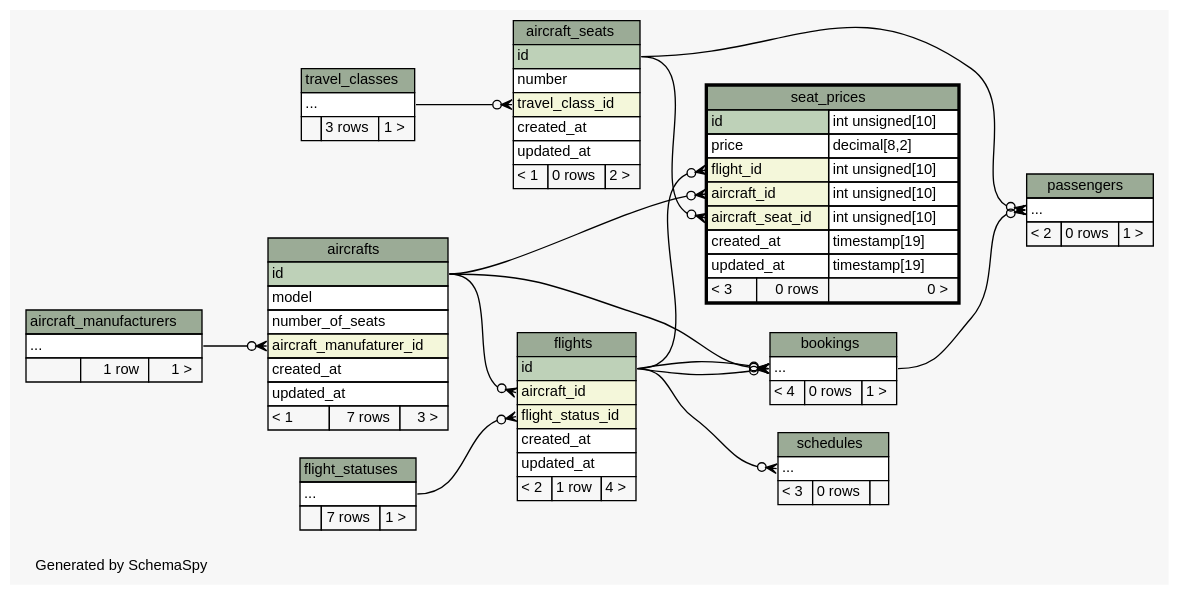
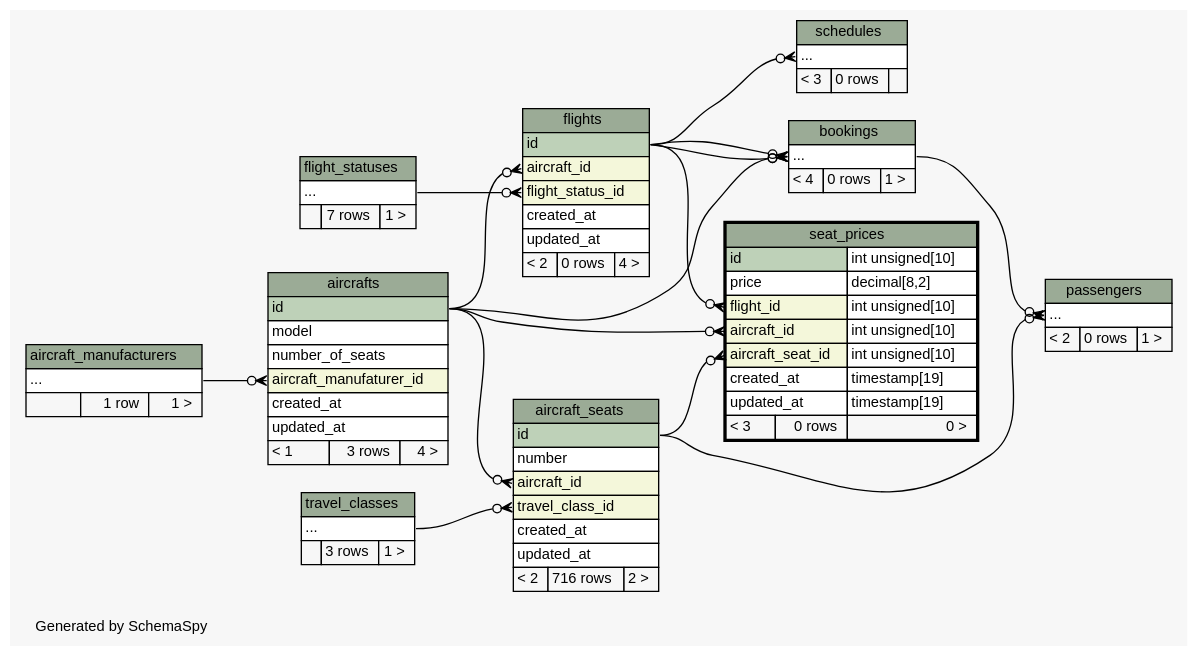
The diagram in web/app/database/schema/diagrams/seat_prices.2degrees.dot (joaonzangoII/flightbookingsystem), drawn with Graphviz before and after one commit. The commit also changed 149 other files, not shown here.

```diff
--- a/web/app/database/schema/diagrams/seat_prices.2degrees.dot
+++ b/web/app/database/schema/diagrams/seat_prices.2degrees.dot
@@ -1,154 +1,156 @@
 // dot 2.38.0 on Linux 4.8.0-46-generic
 // SchemaSpy rev 590
 digraph "twoDegreesRelationshipsDiagram" {
   graph [
     rankdir="RL"
     bgcolor="#f7f7f7"
     label="\nGenerated by SchemaSpy"
     labeljust="l"
     nodesep="0.18"
     ranksep="0.46"
     fontname="Helvetica"
     fontsize="11"
   ];
   node [
     fontname="Helvetica"
     fontsize="11"
     shape="plaintext"
   ];
   edge [
     arrowsize="0.8"
   ];
+  "aircraft_seats":"aircraft_id":w -> "aircrafts":"id":e [arrowhead=none dir=back arrowtail=crowodot];
   "aircraft_seats":"travel_class_id":w -> "travel_classes":"elipses":e [arrowhead=none dir=back arrowtail=crowodot];
   "aircrafts":"aircraft_manufaturer_id":w -> "aircraft_manufacturers":"elipses":e [arrowhead=none dir=back arrowtail=crowodot];
   "bookings":"elipses":w -> "aircrafts":"id":e [arrowhead=none dir=back arrowtail=crowodot];
   "bookings":"elipses":w -> "flights":"id":e [arrowhead=none dir=back arrowtail=crowodot];
   "bookings":"elipses":w -> "flights":"id":e [arrowhead=none dir=back arrowtail=crowodot];
   "flights":"aircraft_id":w -> "aircrafts":"id":e [arrowhead=none dir=back arrowtail=crowodot];
   "flights":"flight_status_id":w -> "flight_statuses":"elipses":e [arrowhead=none dir=back arrowtail=crowodot];
   "passengers":"elipses":w -> "aircraft_seats":"id":e [arrowhead=none dir=back arrowtail=crowodot];
   "passengers":"elipses":w -> "bookings":"elipses":e [arrowhead=none dir=back arrowtail=crowodot];
   "schedules":"elipses":w -> "flights":"id":e [arrowhead=none dir=back arrowtail=crowodot];
   "seat_prices":"aircraft_id":w -> "aircrafts":"id":e [arrowhead=none dir=back arrowtail=crowodot];
   "seat_prices":"aircraft_seat_id":w -> "aircraft_seats":"id":e [arrowhead=none dir=back arrowtail=crowodot];
   "seat_prices":"flight_id":w -> "flights":"id":e [arrowhead=none dir=back arrowtail=crowodot];
   "aircraft_manufacturers" [
     label=<
     <TABLE BORDER="0" CELLBORDER="1" CELLSPACING="0" BGCOLOR="#ffffff">
       <TR><TD COLSPAN="3" BGCOLOR="#9bab96" ALIGN="CENTER">aircraft_manufacturers</TD></TR>
       <TR><TD PORT="elipses" COLSPAN="3" ALIGN="LEFT">...</TD></TR>
       <TR><TD ALIGN="LEFT" BGCOLOR="#f7f7f7">  </TD><TD ALIGN="RIGHT" BGCOLOR="#f7f7f7">1 row</TD><TD ALIGN="RIGHT" BGCOLOR="#f7f7f7">1 &gt;</TD></TR>
     </TABLE>>
     URL="aircraft_manufacturers.html"
     tooltip="aircraft_manufacturers"
   ];
   "aircraft_seats" [
     label=<
     <TABLE BORDER="0" CELLBORDER="1" CELLSPACING="0" BGCOLOR="#ffffff">
       <TR><TD COLSPAN="3" BGCOLOR="#9bab96" ALIGN="CENTER">aircraft_seats</TD></TR>
       <TR><TD PORT="id" COLSPAN="3" BGCOLOR="#bed1b8" ALIGN="LEFT">id</TD></TR>
       <TR><TD PORT="number" COLSPAN="3" ALIGN="LEFT">number</TD></TR>
+      <TR><TD PORT="aircraft_id" COLSPAN="3" BGCOLOR="#f4f7da" ALIGN="LEFT">aircraft_id</TD></TR>
       <TR><TD PORT="travel_class_id" COLSPAN="3" BGCOLOR="#f4f7da" ALIGN="LEFT">travel_class_id</TD></TR>
       <TR><TD PORT="created_at" COLSPAN="3" ALIGN="LEFT">created_at</TD></TR>
       <TR><TD PORT="updated_at" COLSPAN="3" ALIGN="LEFT">updated_at</TD></TR>
-      <TR><TD ALIGN="LEFT" BGCOLOR="#f7f7f7">&lt; 1</TD><TD ALIGN="RIGHT" BGCOLOR="#f7f7f7">0 rows</TD><TD ALIGN="RIGHT" BGCOLOR="#f7f7f7">2 &gt;</TD></TR>
+      <TR><TD ALIGN="LEFT" BGCOLOR="#f7f7f7">&lt; 2</TD><TD ALIGN="RIGHT" BGCOLOR="#f7f7f7">716 rows</TD><TD ALIGN="RIGHT" BGCOLOR="#f7f7f7">2 &gt;</TD></TR>
     </TABLE>>
     URL="aircraft_seats.html"
     tooltip="aircraft_seats"
   ];
   "aircrafts" [
     label=<
     <TABLE BORDER="0" CELLBORDER="1" CELLSPACING="0" BGCOLOR="#ffffff">
       <TR><TD COLSPAN="3" BGCOLOR="#9bab96" ALIGN="CENTER">aircrafts</TD></TR>
       <TR><TD PORT="id" COLSPAN="3" BGCOLOR="#bed1b8" ALIGN="LEFT">id</TD></TR>
       <TR><TD PORT="model" COLSPAN="3" ALIGN="LEFT">model</TD></TR>
       <TR><TD PORT="number_of_seats" COLSPAN="3" ALIGN="LEFT">number_of_seats</TD></TR>
       <TR><TD PORT="aircraft_manufaturer_id" COLSPAN="3" BGCOLOR="#f4f7da" ALIGN="LEFT">aircraft_manufaturer_id</TD></TR>
       <TR><TD PORT="created_at" COLSPAN="3" ALIGN="LEFT">created_at</TD></TR>
       <TR><TD PORT="updated_at" COLSPAN="3" ALIGN="LEFT">updated_at</TD></TR>
-      <TR><TD ALIGN="LEFT" BGCOLOR="#f7f7f7">&lt; 1</TD><TD ALIGN="RIGHT" BGCOLOR="#f7f7f7">7 rows</TD><TD ALIGN="RIGHT" BGCOLOR="#f7f7f7">3 &gt;</TD></TR>
+      <TR><TD ALIGN="LEFT" BGCOLOR="#f7f7f7">&lt; 1</TD><TD ALIGN="RIGHT" BGCOLOR="#f7f7f7">3 rows</TD><TD ALIGN="RIGHT" BGCOLOR="#f7f7f7">4 &gt;</TD></TR>
     </TABLE>>
     URL="aircrafts.html"
     tooltip="aircrafts"
   ];
   "bookings" [
     label=<
     <TABLE BORDER="0" CELLBORDER="1" CELLSPACING="0" BGCOLOR="#ffffff">
       <TR><TD COLSPAN="3" BGCOLOR="#9bab96" ALIGN="CENTER">bookings</TD></TR>
       <TR><TD PORT="elipses" COLSPAN="3" ALIGN="LEFT">...</TD></TR>
       <TR><TD ALIGN="LEFT" BGCOLOR="#f7f7f7">&lt; 4</TD><TD ALIGN="RIGHT" BGCOLOR="#f7f7f7">0 rows</TD><TD ALIGN="RIGHT" BGCOLOR="#f7f7f7">1 &gt;</TD></TR>
     </TABLE>>
     URL="bookings.html"
     tooltip="bookings"
   ];
   "flight_statuses" [
     label=<
     <TABLE BORDER="0" CELLBORDER="1" CELLSPACING="0" BGCOLOR="#ffffff">
       <TR><TD COLSPAN="3" BGCOLOR="#9bab96" ALIGN="CENTER">flight_statuses</TD></TR>
       <TR><TD PORT="elipses" COLSPAN="3" ALIGN="LEFT">...</TD></TR>
       <TR><TD ALIGN="LEFT" BGCOLOR="#f7f7f7">  </TD><TD ALIGN="RIGHT" BGCOLOR="#f7f7f7">7 rows</TD><TD ALIGN="RIGHT" BGCOLOR="#f7f7f7">1 &gt;</TD></TR>
     </TABLE>>
     URL="flight_statuses.html"
     tooltip="flight_statuses"
   ];
   "flights" [
     label=<
     <TABLE BORDER="0" CELLBORDER="1" CELLSPACING="0" BGCOLOR="#ffffff">
       <TR><TD COLSPAN="3" BGCOLOR="#9bab96" ALIGN="CENTER">flights</TD></TR>
       <TR><TD PORT="id" COLSPAN="3" BGCOLOR="#bed1b8" ALIGN="LEFT">id</TD></TR>
       <TR><TD PORT="aircraft_id" COLSPAN="3" BGCOLOR="#f4f7da" ALIGN="LEFT">aircraft_id</TD></TR>
       <TR><TD PORT="flight_status_id" COLSPAN="3" BGCOLOR="#f4f7da" ALIGN="LEFT">flight_status_id</TD></TR>
       <TR><TD PORT="created_at" COLSPAN="3" ALIGN="LEFT">created_at</TD></TR>
       <TR><TD PORT="updated_at" COLSPAN="3" ALIGN="LEFT">updated_at</TD></TR>
-      <TR><TD ALIGN="LEFT" BGCOLOR="#f7f7f7">&lt; 2</TD><TD ALIGN="RIGHT" BGCOLOR="#f7f7f7">1 row</TD><TD ALIGN="RIGHT" BGCOLOR="#f7f7f7">4 &gt;</TD></TR>
+      <TR><TD ALIGN="LEFT" BGCOLOR="#f7f7f7">&lt; 2</TD><TD ALIGN="RIGHT" BGCOLOR="#f7f7f7">0 rows</TD><TD ALIGN="RIGHT" BGCOLOR="#f7f7f7">4 &gt;</TD></TR>
     </TABLE>>
     URL="flights.html"
     tooltip="flights"
   ];
   "passengers" [
     label=<
     <TABLE BORDER="0" CELLBORDER="1" CELLSPACING="0" BGCOLOR="#ffffff">
       <TR><TD COLSPAN="3" BGCOLOR="#9bab96" ALIGN="CENTER">passengers</TD></TR>
       <TR><TD PORT="elipses" COLSPAN="3" ALIGN="LEFT">...</TD></TR>
       <TR><TD ALIGN="LEFT" BGCOLOR="#f7f7f7">&lt; 2</TD><TD ALIGN="RIGHT" BGCOLOR="#f7f7f7">0 rows</TD><TD ALIGN="RIGHT" BGCOLOR="#f7f7f7">1 &gt;</TD></TR>
     </TABLE>>
     URL="passengers.html"
     tooltip="passengers"
   ];
   "schedules" [
     label=<
     <TABLE BORDER="0" CELLBORDER="1" CELLSPACING="0" BGCOLOR="#ffffff">
       <TR><TD COLSPAN="3" BGCOLOR="#9bab96" ALIGN="CENTER">schedules</TD></TR>
       <TR><TD PORT="elipses" COLSPAN="3" ALIGN="LEFT">...</TD></TR>
       <TR><TD ALIGN="LEFT" BGCOLOR="#f7f7f7">&lt; 3</TD><TD ALIGN="RIGHT" BGCOLOR="#f7f7f7">0 rows</TD><TD ALIGN="RIGHT" BGCOLOR="#f7f7f7">  </TD></TR>
     </TABLE>>
     URL="schedules.html"
     tooltip="schedules"
   ];
   "seat_prices" [
     label=<
     <TABLE BORDER="2" CELLBORDER="1" CELLSPACING="0" BGCOLOR="#ffffff">
       <TR><TD COLSPAN="3" BGCOLOR="#9bab96" ALIGN="CENTER">seat_prices</TD></TR>
       <TR><TD PORT="id" COLSPAN="2" BGCOLOR="#bed1b8" ALIGN="LEFT">id</TD><TD PORT="id.type" ALIGN="LEFT">int unsigned[10]</TD></TR>
       <TR><TD PORT="price" COLSPAN="2" ALIGN="LEFT">price</TD><TD PORT="price.type" ALIGN="LEFT">decimal[8,2]</TD></TR>
       <TR><TD PORT="flight_id" COLSPAN="2" BGCOLOR="#f4f7da" ALIGN="LEFT">flight_id</TD><TD PORT="flight_id.type" ALIGN="LEFT">int unsigned[10]</TD></TR>
       <TR><TD PORT="aircraft_id" COLSPAN="2" BGCOLOR="#f4f7da" ALIGN="LEFT">aircraft_id</TD><TD PORT="aircraft_id.type" ALIGN="LEFT">int unsigned[10]</TD></TR>
       <TR><TD PORT="aircraft_seat_id" COLSPAN="2" BGCOLOR="#f4f7da" ALIGN="LEFT">aircraft_seat_id</TD><TD PORT="aircraft_seat_id.type" ALIGN="LEFT">int unsigned[10]</TD></TR>
       <TR><TD PORT="created_at" COLSPAN="2" ALIGN="LEFT">created_at</TD><TD PORT="created_at.type" ALIGN="LEFT">timestamp[19]</TD></TR>
       <TR><TD PORT="updated_at" COLSPAN="2" ALIGN="LEFT">updated_at</TD><TD PORT="updated_at.type" ALIGN="LEFT">timestamp[19]</TD></TR>
       <TR><TD ALIGN="LEFT" BGCOLOR="#f7f7f7">&lt; 3</TD><TD ALIGN="RIGHT" BGCOLOR="#f7f7f7">0 rows</TD><TD ALIGN="RIGHT" BGCOLOR="#f7f7f7">0 &gt;</TD></TR>
     </TABLE>>
     URL="seat_prices.html"
     tooltip="seat_prices"
   ];
   "travel_classes" [
     label=<
     <TABLE BORDER="0" CELLBORDER="1" CELLSPACING="0" BGCOLOR="#ffffff">
       <TR><TD COLSPAN="3" BGCOLOR="#9bab96" ALIGN="CENTER">travel_classes</TD></TR>
       <TR><TD PORT="elipses" COLSPAN="3" ALIGN="LEFT">...</TD></TR>
       <TR><TD ALIGN="LEFT" BGCOLOR="#f7f7f7">  </TD><TD ALIGN="RIGHT" BGCOLOR="#f7f7f7">3 rows</TD><TD ALIGN="RIGHT" BGCOLOR="#f7f7f7">1 &gt;</TD></TR>
     </TABLE>>
     URL="travel_classes.html"
     tooltip="travel_classes"
   ];
 }
```
